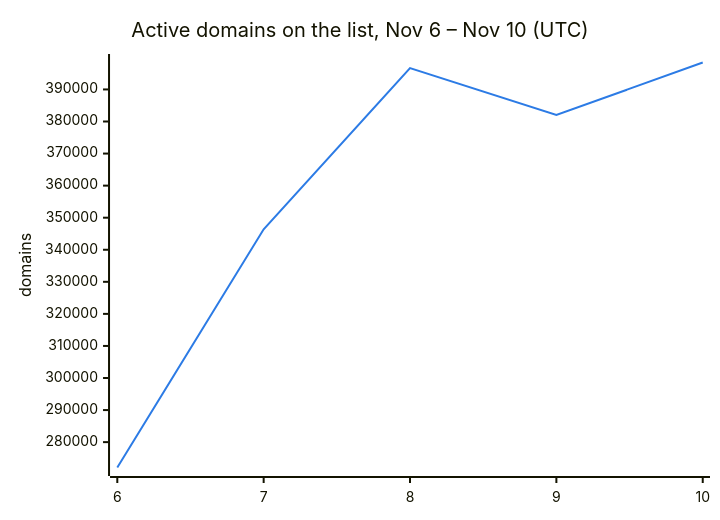
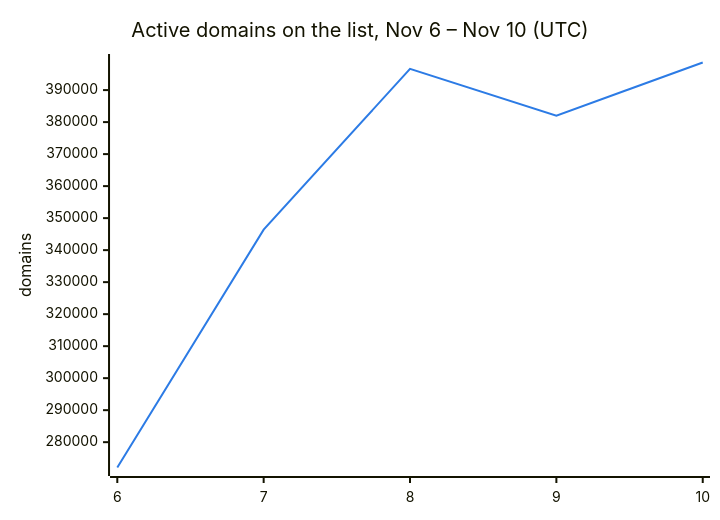
The second of 3 diagrams in README.md (DNSBunker/CTI), drawn with Mermaid before and after one commit. The commit also changed other lines of this file and 3 other files, not shown here.

````diff
--- a/README.md
+++ b/README.md
@@ -38,8 +38,8 @@
 ```mermaid
 %%{init: {"themeVariables": {"xyChart": {"plotColorPalette": "#2c7be5"}}}}%%
 xychart-beta
     title "Active domains on the list, Nov 6 – Nov 10 (UTC)"
     x-axis ["6", "7", "8", "9", "10"]
     y-axis "domains"
-    line [272088, 346388, 396638, 382009, 398402]
+    line [272088, 346388, 396638, 382009, 398621]
 ```
````
